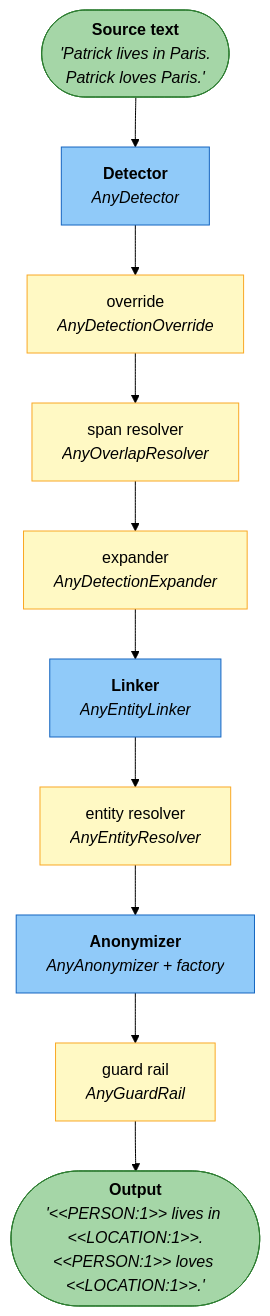
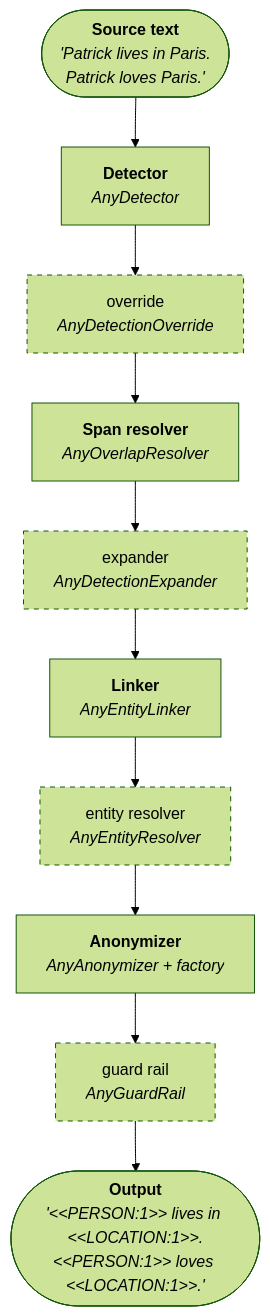
The second of 4 diagrams in docs/en/architecture.md (Athroniaeth/piighost), drawn with Mermaid (forest theme) before and after one commit. The commit also changed other lines of this file and 139 other files, not shown here.

````diff
--- a/docs/en/architecture.md
+++ b/docs/en/architecture.md
@@ -97,33 +99,31 @@
 ```mermaid
 flowchart TB
-    classDef req fill:#90CAF9,stroke:#1565C0,color:#000
-    classDef opt fill:#FFF9C4,stroke:#F9A825,color:#000
-    classDef data fill:#A5D6A7,stroke:#2E7D32,color:#000
+    classDef opt stroke-dasharray:5 5
 
     IN(["`**Source text**
     _'Patrick lives in Paris.
-    Patrick loves Paris.'_`"]):::data
+    Patrick loves Paris.'_`"])
 
     DET["`**Detector**
-    _AnyDetector_`"]:::req
+    _AnyDetector_`"]
     OVR["`override
     _AnyDetectionOverride_`"]:::opt
-    OVL["`span resolver
-    _AnyOverlapResolver_`"]:::opt
+    OVL["`**Span resolver**
+    _AnyOverlapResolver_`"]
     EXP["`expander
     _AnyDetectionExpander_`"]:::opt
     LINK["`**Linker**
-    _AnyEntityLinker_`"]:::req
+    _AnyEntityLinker_`"]
     ENT["`entity resolver
     _AnyEntityResolver_`"]:::opt
     ANON["`**Anonymizer**
-    _AnyAnonymizer + factory_`"]:::req
+    _AnyAnonymizer + factory_`"]
     GUARD["`guard rail
     _AnyGuardRail_`"]:::opt
 
     OUT(["`**Output**
     _'#lt;#lt;PERSON:1#gt;#gt; lives in #lt;#lt;LOCATION:1#gt;#gt;.
-    #lt;#lt;PERSON:1#gt;#gt; loves #lt;#lt;LOCATION:1#gt;#gt;.'_`"]):::data
+    #lt;#lt;PERSON:1#gt;#gt; loves #lt;#lt;LOCATION:1#gt;#gt;.'_`"])
 
     IN --> DET --> OVR --> OVL --> EXP --> LINK --> ENT --> ANON --> GUARD --> OUT
 ```
````
